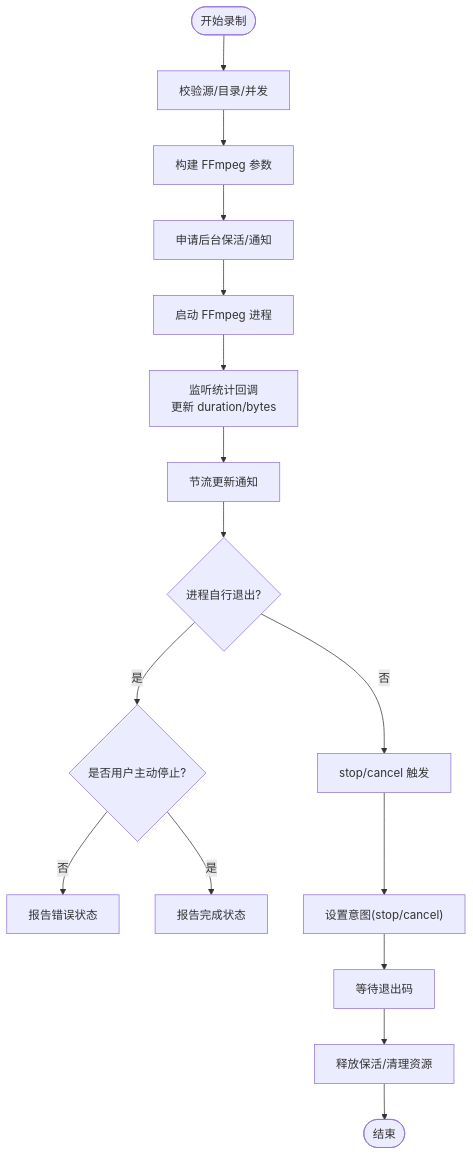
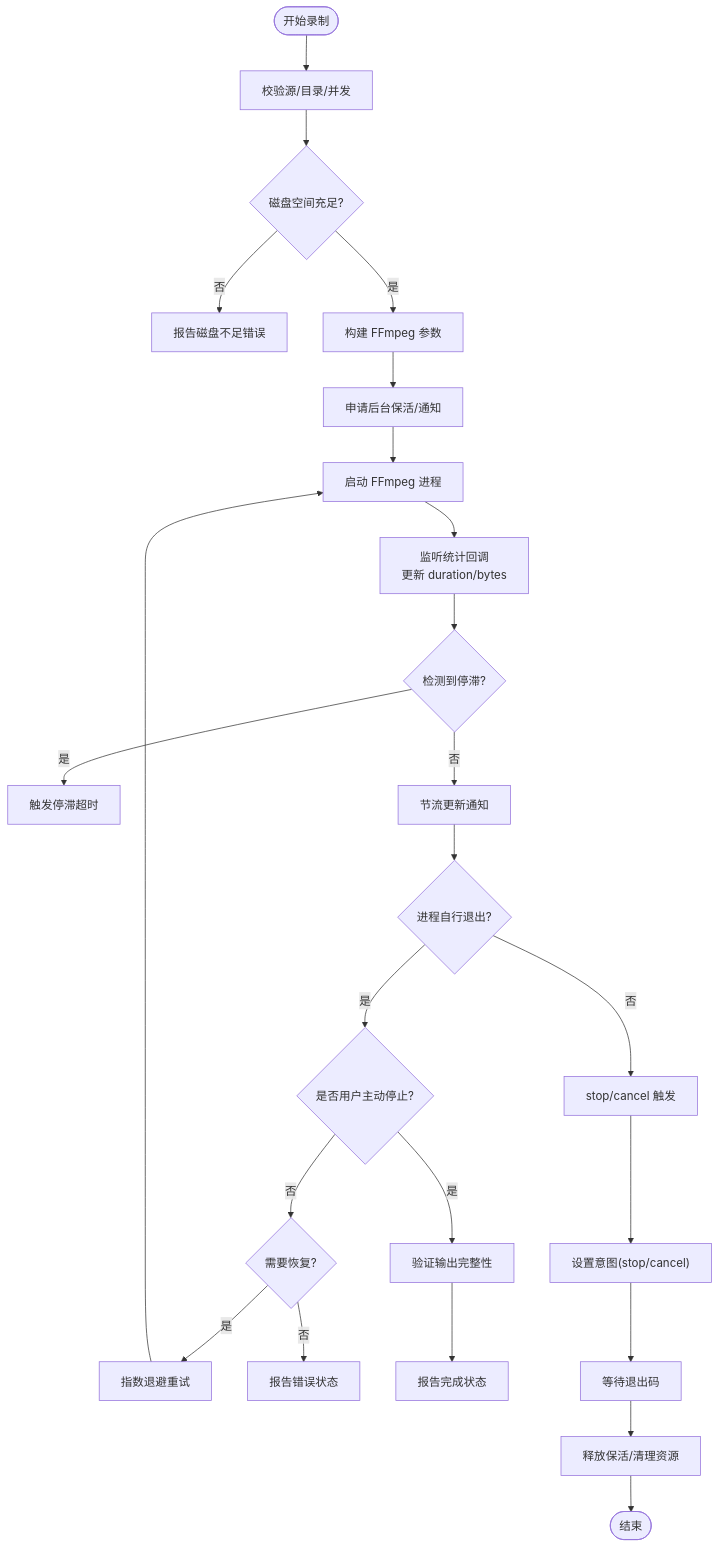
One commit to SSSherlocked/media_core changed the third of 9 diagrams in .qoder/repowiki/zh/content/高级功能/FFmpeg 录播.md. Above: the diagram before and after it, drawn with Mermaid. The commit also changed other lines of this file and 6 other files, not shown here.

Commit message:
docs: regenerate repowiki for pip, desktop, notify and ffmpeg modules

````diff
--- a/.qoder/repowiki/zh/content/高级功能/FFmpeg 录播.md
+++ b/.qoder/repowiki/zh/content/高级功能/FFmpeg 录播.md
@@ -122,18 +186,26 @@
 ```mermaid
 flowchart TD
 Start(["开始录制"]) --> Validate["校验源/目录/并发"]
-Validate --> BuildArgs["构建 FFmpeg 参数"]
+Validate --> DiskCheck{"磁盘空间充足?"}
+DiskCheck --> |否| DiskError["报告磁盘不足错误"]
+DiskCheck --> |是| BuildArgs["构建 FFmpeg 参数"]
 BuildArgs --> KeepAlive["申请后台保活/通知"]
 KeepAlive --> Launch["启动 FFmpeg 进程"]
 Launch --> Stats["监听统计回调<br/>更新 duration/bytes"]
-Stats --> Notify["节流更新通知"]
+Stats --> StallCheck{"检测到停滞?"}
+StallCheck --> |是| StallTimeout["触发停滞超时"]
+StallCheck --> |否| Notify["节流更新通知"]
 Notify --> ExitWatch{"进程自行退出?"}
 ExitWatch --> |是| IntentCheck{"是否用户主动停止?"}
-IntentCheck --> |否| Fail["报告错误状态"]
-IntentCheck --> |是| Success["报告完成状态"]
+IntentCheck --> |否| Recovery{"需要恢复?"}
+Recovery --> |是| Backoff["指数退避重试"]
+Backoff --> Launch
+Recovery --> |否| Fail["报告错误状态"]
+IntentCheck --> |是| Verify["验证输出完整性"]
+Verify --> Success["报告完成状态"]
 ExitWatch --> |否| StopCancel["stop/cancel 触发"]
 StopCancel --> SetIntent["设置意图(stop/cancel)"]
 SetIntent --> AwaitExit["等待退出码"]
 AwaitExit --> Release["释放保活/清理资源"]
 Release --> End(["结束"])
 ```
````
